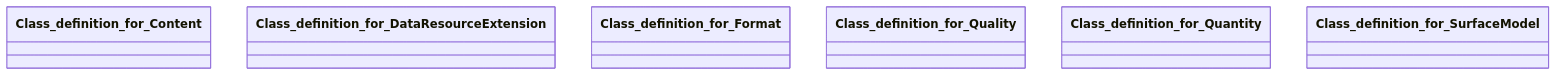
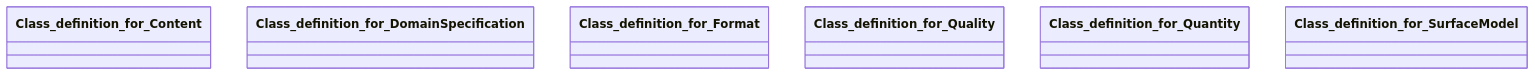
One commit to GAIA-X4PLC-AAD/ontology-management-base changed the diagram in artifacts/surface-model/PROPERTIES.md. Above: the diagram before and after it, drawn with Mermaid. The commit also changed other lines of this file and 95 other files, not shown here.

First line of the commit message:
feat(ontology): GX 25.11 wrapper architecture, domain compliance & ve… (#175)

````diff
--- a/artifacts/surface-model/PROPERTIES.md
+++ b/artifacts/surface-model/PROPERTIES.md
@@ -5,9 +5,9 @@
 ```mermaid
 classDiagram
 class Class_definition_for_Content
-class Class_definition_for_DataResourceExtension
+class Class_definition_for_DomainSpecification
 class Class_definition_for_Format
 class Class_definition_for_Quality
 class Class_definition_for_Quantity
 class Class_definition_for_SurfaceModel
 ```
````
